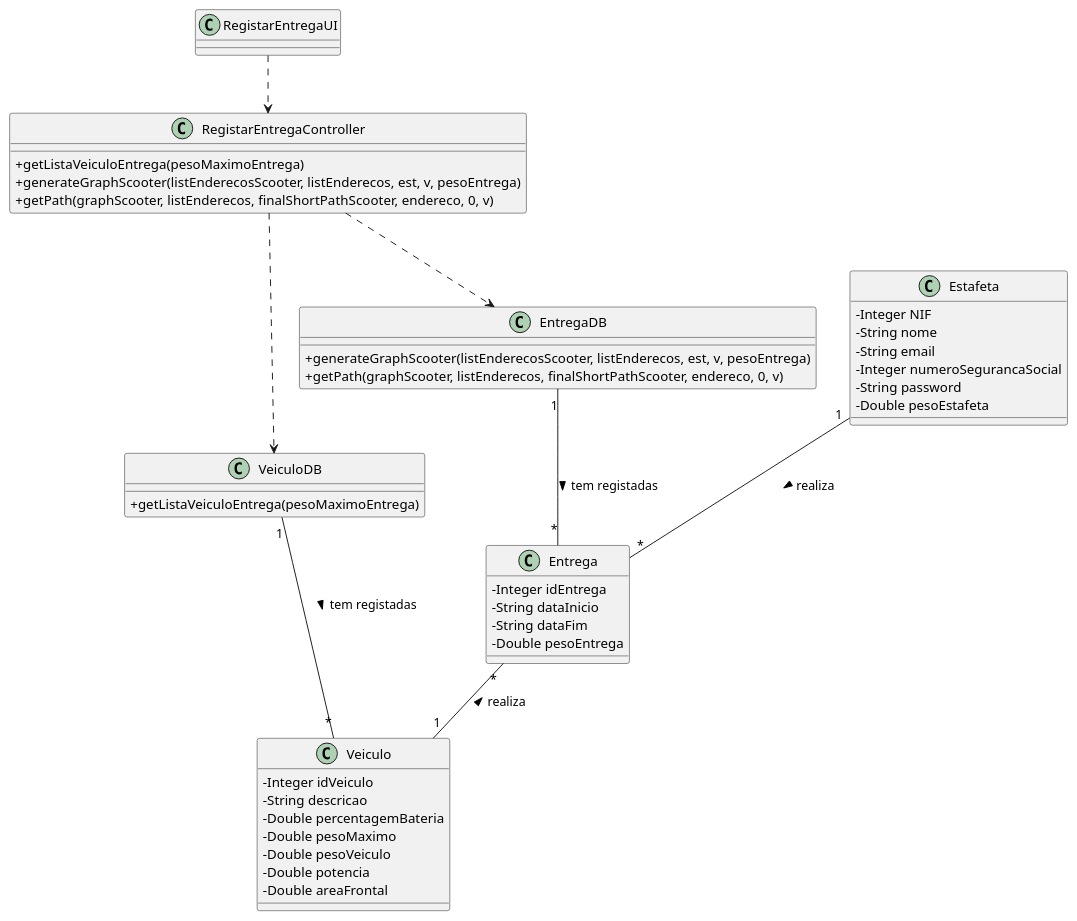
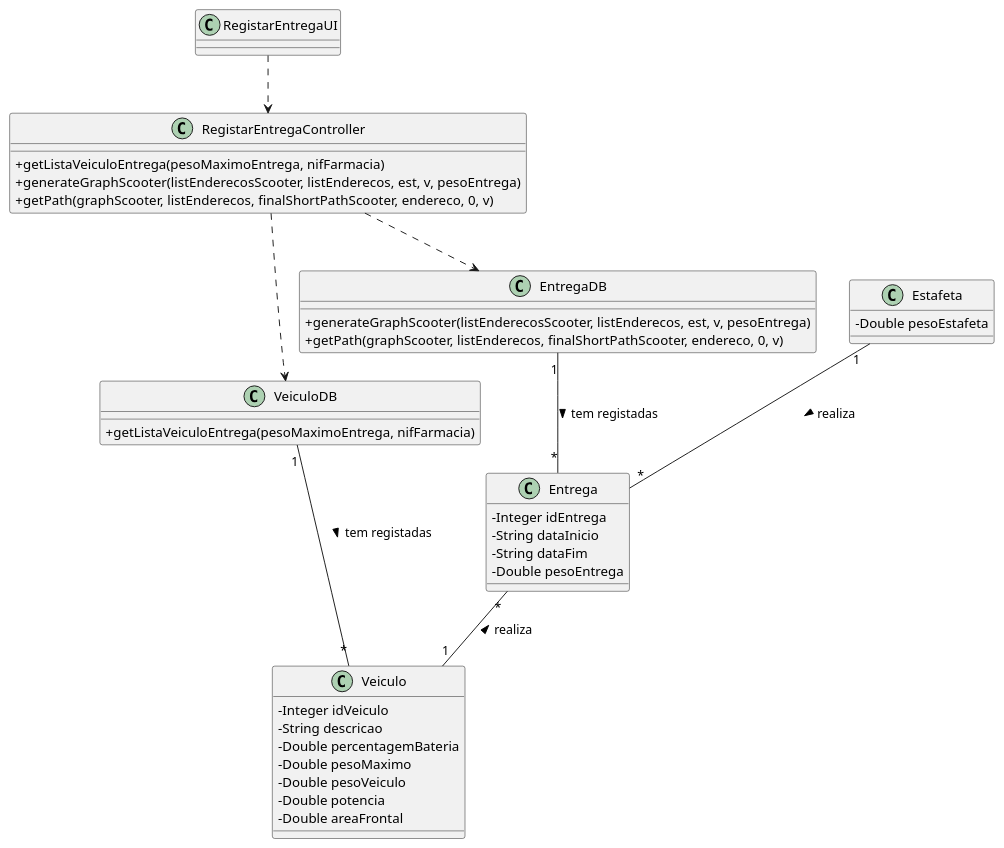
The diagram in docs/UC25/EntregaEficienteCD.puml (pedrolemos4/LAPR3), drawn with PlantUML before and after one commit. The commit also changed 27 other files, not shown here.

```diff
--- a/docs/UC25/EntregaEficienteCD.puml
+++ b/docs/UC25/EntregaEficienteCD.puml
@@ -1,62 +1,57 @@
 @startuml
 skinparam classAttributeIconSize 0
 
 class VeiculoDB {
-  +getListaVeiculoEntrega(pesoMaximoEntrega)
+  +getListaVeiculoEntrega(pesoMaximoEntrega, nifFarmacia)
 }
 
 class EntregaDB {
   +generateGraphScooter(listEnderecosScooter, listEnderecos, est, v, pesoEntrega)
   +getPath(graphScooter, listEnderecos, finalShortPathScooter, endereco, 0, v)
 }
 
 class RegistarEntregaController {
-    +getListaVeiculoEntrega(pesoMaximoEntrega)
+    +getListaVeiculoEntrega(pesoMaximoEntrega, nifFarmacia)
     +generateGraphScooter(listEnderecosScooter, listEnderecos, est, v, pesoEntrega)
     +getPath(graphScooter, listEnderecos, finalShortPathScooter, endereco, 0, v)
 }
 
 class RegistarEntregaUI {
 }
 
 
 class Entrega {
   -Integer idEntrega
   -String dataInicio
   -String dataFim
   -Double pesoEntrega
 }
 
 class Estafeta {
-  -Integer NIF
-  -String nome
-  -String email
-  -Integer numeroSegurancaSocial
-  -String password
   -Double pesoEstafeta
 }
 
 
 class Veiculo {
   -Integer idVeiculo
   -String descricao
   -Double percentagemBateria
   -Double pesoMaximo
   -Double pesoVeiculo
   -Double potencia
   -Double areaFrontal
 }
 
 
 Estafeta "1" -- "*" Entrega: realiza >
 Entrega "*" -- "1" Veiculo: realiza <
 VeiculoDB "1" -- "*" Veiculo: tem registadas >
 EntregaDB "1" -- "*" Entrega: tem registadas >
 
 RegistarEntregaUI ..> RegistarEntregaController 
 
 RegistarEntregaController ..> VeiculoDB
 RegistarEntregaController ..> EntregaDB
 
 
 @enduml
```
